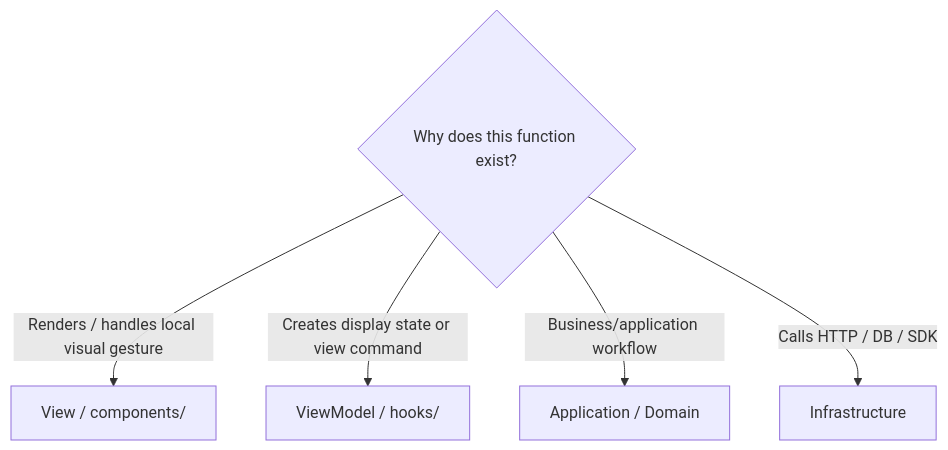
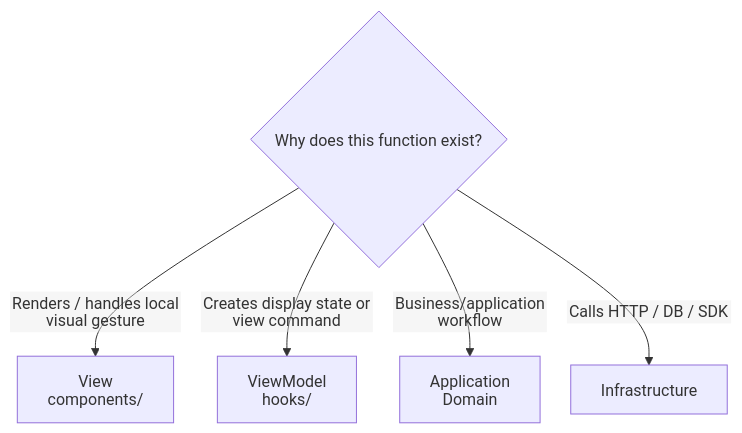
Before and after one commit to AndresTaoFlorez/software-architecture: the fourth of 4 diagrams in architecture/patterns/presentation/model-view-viewmodel/README.md, drawn with Mermaid. The commit also changed other lines of this file and 79 other files, not shown here.

````diff
--- a/architecture/patterns/presentation/model-view-viewmodel/README.md
+++ b/architecture/patterns/presentation/model-view-viewmodel/README.md
@@ -142,8 +192,9 @@
 ```mermaid
+%%{init: {"htmlLabels": false, "flowchart": {"htmlLabels": false, "nodeSpacing": 28, "rankSpacing": 48, "diagramPadding": 20, "wrappingWidth": 280}, "sequence": {"wrap": true, "diagramMarginX": 20, "diagramMarginY": 20}}}%%
 flowchart TD
     Q{"Why does this function exist?"}
-    Q -->|"Renders / handles local visual gesture"| V["View / components/"]
-    Q -->|"Creates display state or view command"| VM["ViewModel / hooks/"]
-    Q -->|"Business/application workflow"| APP["Application / Domain"]
+    Q -->|"Renders / handles local visual gesture"| V["View<br/>components/"]
+    Q -->|"Creates display state or view command"| VM["ViewModel<br/>hooks/"]
+    Q -->|"Business/application workflow"| APP["Application<br/>Domain"]
     Q -->|"Calls HTTP / DB / SDK"| I["Infrastructure"]
 ```
````
